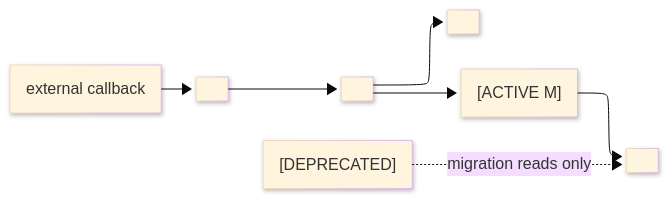
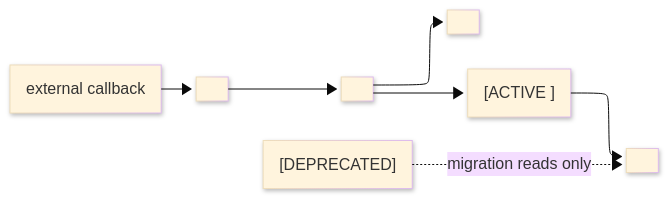
Before and after one commit to bsamiee/Rasm: the first of 2 diagrams in docs/standards/explanation/architecture.md, drawn with Mermaid. The commit also changed other lines of this file and 17 other files, not shown here.

Commit message:
Refine roadmap standards and C# roadmap

````diff
--- a/docs/standards/explanation/architecture.md
+++ b/docs/standards/explanation/architecture.md
@@ -260,21 +260,21 @@
 ```mermaid
 ---
 config:
   layout: elk
   look: neo
   theme: base
   elk:
     mergeEdges: false
     nodePlacementStrategy: BRANDES_KOEPF
     cycleBreakingStrategy: GREEDY_MODEL_ORDER
 ---
 flowchart LR
     accTitle: Package code flow
     accDescr: External inputs enter the admission file, validate against the generated contract, execute through the in-progress worker, and persist through the storage boundary while deprecated legacy reads remain isolated.
     Host["external callback"] --> Ingress["<entrypoint>"]
     Ingress --> Validator["<validator>"]
     Validator --> Contract["<contract-artifact>"]
-    Validator --> Worker["<worker> [ACTIVE M<N>]"]
+    Validator --> Worker["<worker> [ACTIVE <TASK-ID>]"]
     Worker --> Store["<store>"]
     Legacy["<legacy-reader> [DEPRECATED]"] -. "migration reads only" .-> Store
 ```
````
